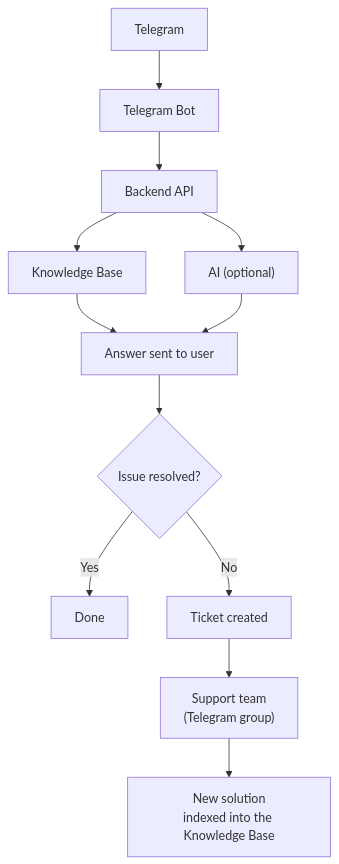
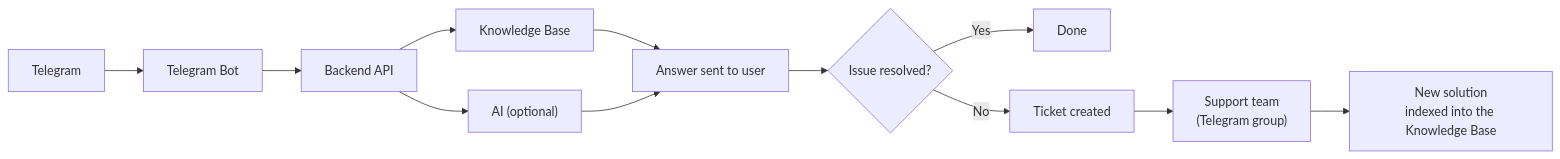
One commit to SAGBO4/chatbot changed the diagram in README.md. Above: the diagram before and after it, drawn with Mermaid.

Commit message:
docs: make the architecture diagram flow left-to-right
Switched the Mermaid flowchart from top-down to left-right so it
reads as one horizontal strip instead of stretching down the page.

````diff
--- a/README.md
+++ b/README.md
@@ -21,14 +21,14 @@
 ```mermaid
-flowchart TD
+flowchart LR
     Telegram["Telegram"] --> Bot["Telegram Bot"]
     Bot --> API["Backend API"]
     API --> KB["Knowledge Base"]
     API --> AI["AI (optional)"]
     KB --> Answer["Answer sent to user"]
     AI --> Answer
     Answer --> Resolved{"Issue resolved?"}
     Resolved -->|Yes| Done["Done"]
     Resolved -->|No| Ticket["Ticket created"]
     Ticket --> Support["Support team<br/>(Telegram group)"]
     Support --> Solution["New solution<br/>indexed into the Knowledge Base"]
 ```
````
